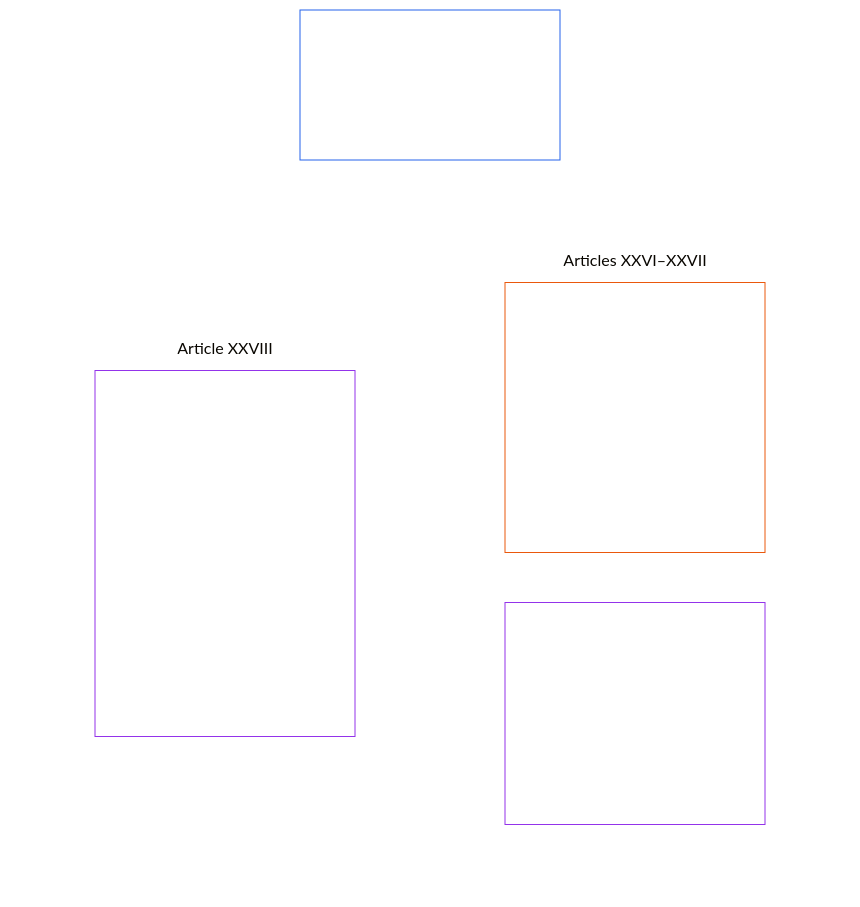
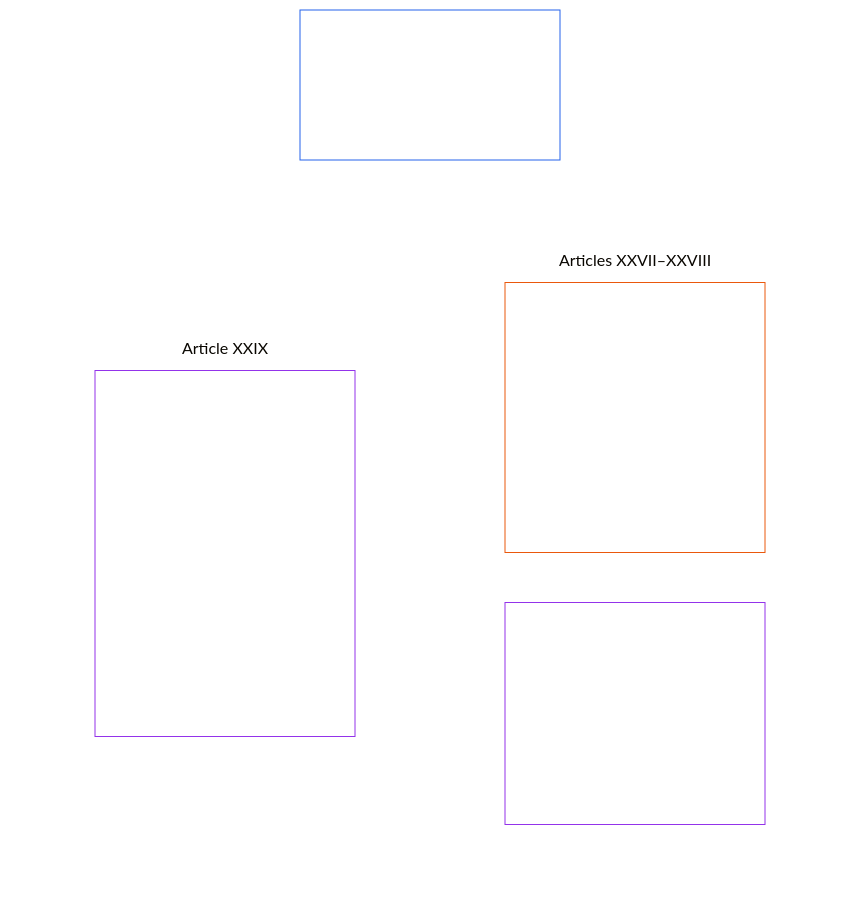
One commit to kfoelsch/Sentient_Constitution changed diagram 11 of 24 in guides/CONCEPTUAL_OVERVIEW.md. Above: the diagram before and after it, drawn with Mermaid (base theme). The commit also changed other lines of this file and 185 other files, not shown here.

First line of the commit message:
New Article XIII: Non-Capture, Influence, and Anti-Corruption Safeguards; shift Articles XIII-XXVIII to XIV-XXIX (move 762)

````diff
--- a/guides/CONCEPTUAL_OVERVIEW.md
+++ b/guides/CONCEPTUAL_OVERVIEW.md
@@ -523,24 +523,24 @@
 ```mermaid
 flowchart TB
     E0["Part E<br/><br/>Conflict resolution, review, constitutional evolution, and Adoption Transition"]
     subgraph Egrid[" "]
         direction TB
-        subgraph Erow1["Articles XXVI–XXVII"]
+        subgraph Erow1["Articles XXVII–XXVIII"]
             direction LR
-            E1["Article XXVI · Timely Retrospective Review and Restorative Alignment<br/><br/>• Retrospective review and disclosure<br/>• Rights-collision procedure<br/>• Restorative alignment<br/>• Timely resolution and anti-delay"]
-            E2["Article XXVII · Constitutional Evolution and Non-Entrenchment<br/><br/>• Non-entrenchment and revisability<br/>• Periodic revalidation and transparent change"]
+            E1["Article XXVII · Timely Retrospective Review and Restorative Alignment<br/><br/>• Retrospective review and disclosure<br/>• Rights-collision procedure<br/>• Restorative alignment<br/>• Timely resolution and anti-delay"]
+            E2["Article XXVIII · Constitutional Evolution and Non-Entrenchment<br/><br/>• Non-entrenchment and revisability<br/>• Periodic revalidation and transparent change"]
         end
-        subgraph Erow2["Article XXVIII"]
+        subgraph Erow2["Article XXIX"]
             direction LR
-            E3["Article XXVIII · Adoption Transition Governance, Continuity, and Re-Baselining<br/><br/>• Phased adoption and Rights Floor continuity<br/>• Adoption Transition authority and reauthorization<br/>• Failure off-ramps, re-baselining, and traceability<br/>• Non-compliant property and systems"]
+            E3["Article XXIX · Adoption Transition Governance, Continuity, and Re-Baselining<br/><br/>• Phased adoption and Rights Floor continuity<br/>• Adoption Transition authority and reauthorization<br/>• Failure off-ramps, re-baselining, and traceability<br/>• Non-compliant property and systems"]
         end
     end
     E0 ~~~ Egrid
     style Egrid fill:none,stroke:none
     style Erow1 fill:none,stroke:none
     style Erow2 fill:none,stroke:none
     style E0 fill:none,stroke:#2563eb,color:#ffffff
     style E1 fill:none,stroke:#ea580c,color:#ffffff
     style E2 fill:none,stroke:#9333ea,color:#ffffff
     style E3 fill:none,stroke:#9333ea,color:#ffffff
 ```
````
